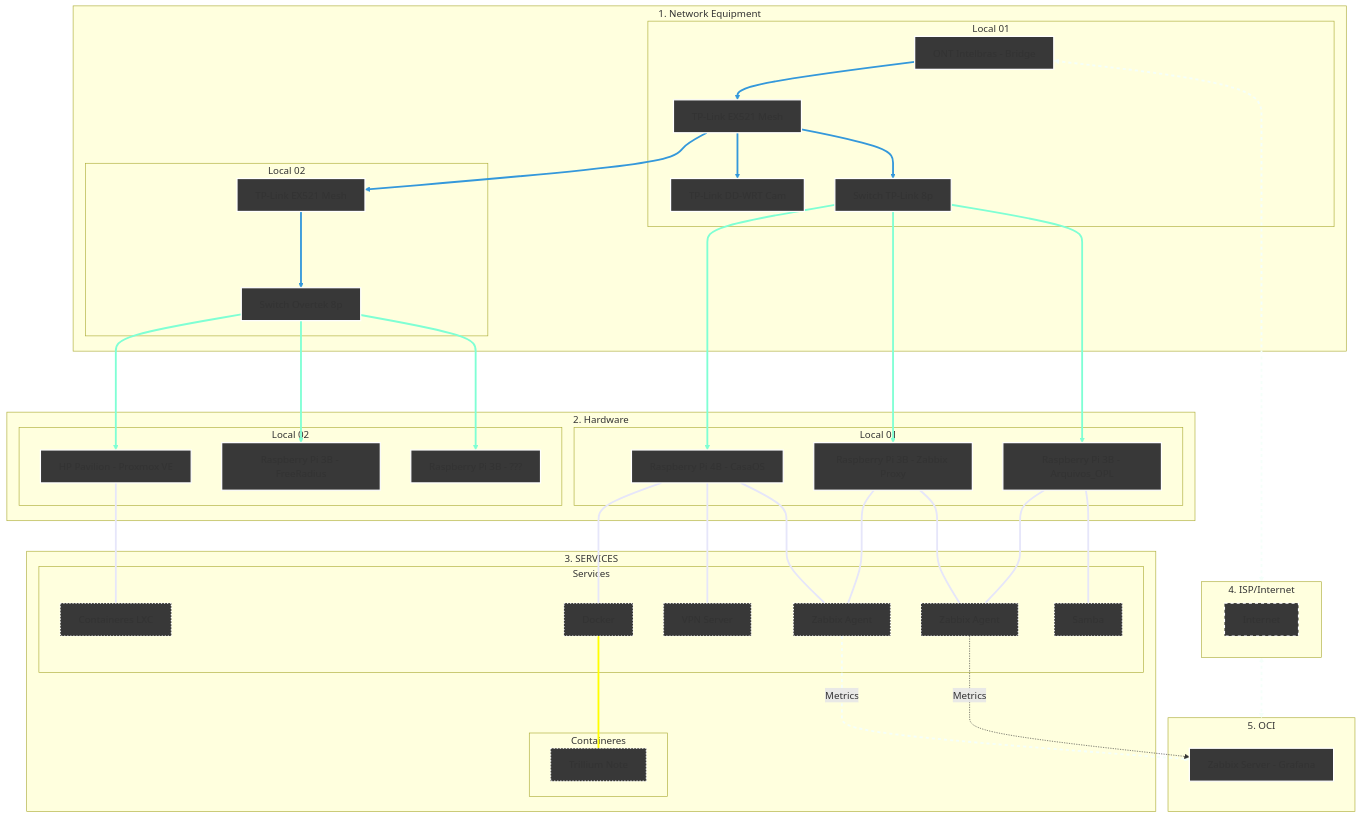
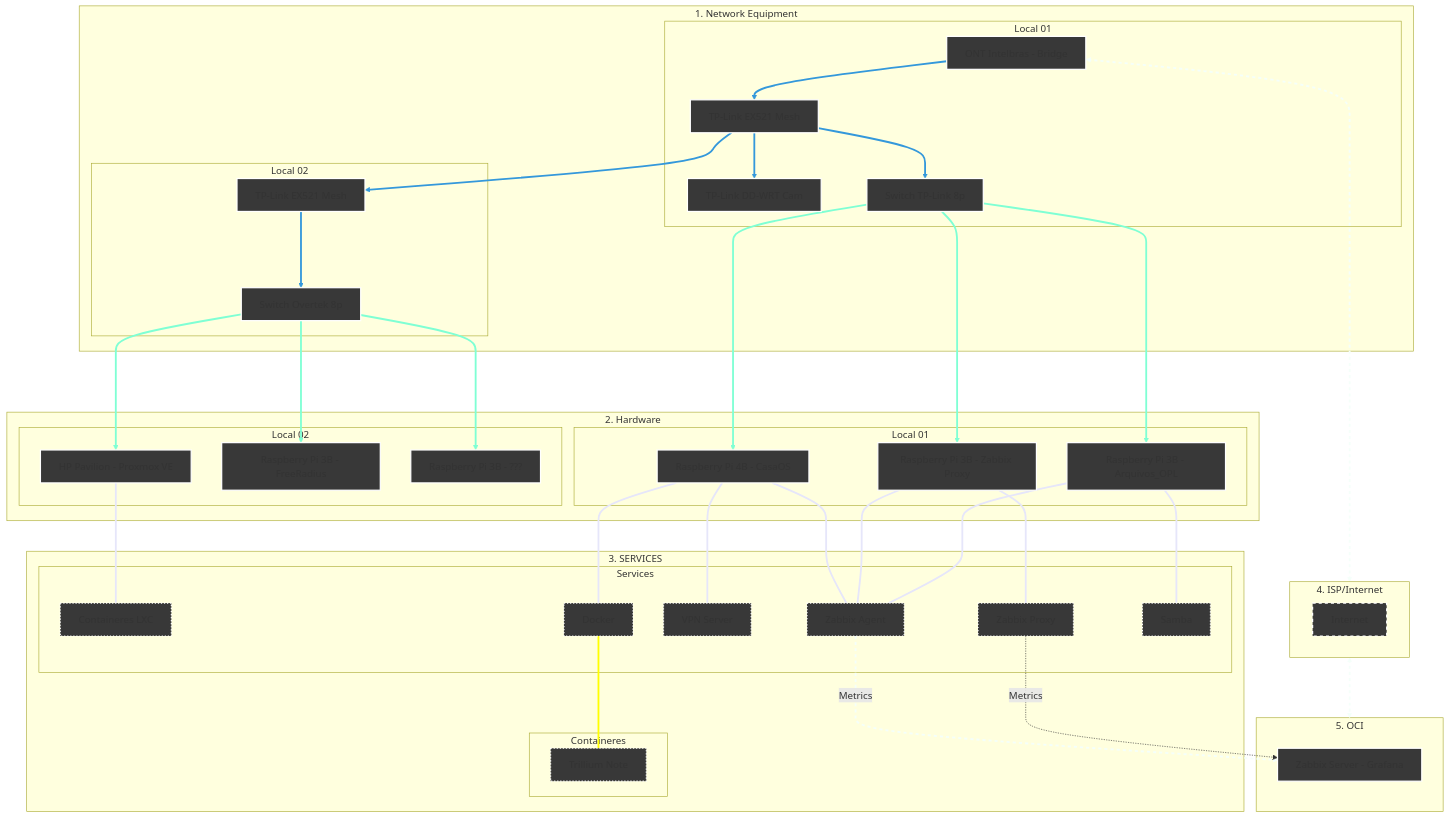
Before and after one commit to kevindexter22/Dr-Hardware-Autonet: the diagram in Infrastructure/README.md, drawn with Mermaid.

Commit message:
Change RPi3B_1 service from ZP to ZA

````diff
--- a/Infrastructure/README.md
+++ b/Infrastructure/README.md
@@ -13,80 +13,80 @@
 ```mermaid
 graph TD
     %% Styles
     classDef network fill:#383838,stroke:#FFFFFF,stroke-width:2px;
     classDef hardware fill:#383838,stroke:#FFFFFF,stroke-width:2px;
     classDef internet fill:#383838,stroke:#FFFFFF,stroke-width:2px,stroke-dasharray: 5 5;
     classDef services fill:#383838,stroke:#FFFFFF,stroke-width:2px, stroke-dasharray: 2 3;
     classDef oci fill:#383838,stroke:#FFFFFF,stroke-width:2px;
 
     %% 1. NETWORK EQUIPMENT
     subgraph Principal["1. Network Equipment"]
     subgraph S1 [Local 01]
         ONT[ONT Intelbras - Bridge]:::network --> R_Mesh1[TP-Link EX521 Mesh]:::network
         R_Mesh1 --> R_Cams[TP-Link DD-WRT Cam]:::network 
         R_Mesh1 --> SW1[Switch TP-Link 8p]:::network  
     end
     subgraph S2 [Local 02]
         R_Mesh1 --> R_Mesh2[TP-Link EX521 Mesh]:::network
         R_Mesh2 ---> SW2[Switch Overtek 8p]:::network
     end
     end
     
     %% 2. HARDWARE
     subgraph Principal02["2. Hardware"]
     subgraph S3 [Local 01]
         SW1 ---> RPi4B[Raspberry Pi 4B - CasaOS]:::hardware
         SW1 ---> RPi3B_2[Raspberry Pi 3B - Zabbix Proxy]:::hardware
         SW1 ---> RPi3B_1[Raspberry Pi 3B - Arquivos_OPL]:::hardware
     end
     subgraph S4 [Local 02]
         SW2 ---> HP[HP Pavilion - Proxmox VE]:::hardware
         SW2 ---> RPi3B_3[Raspberry Pi 3B - FreeRadius]:::hardware
         SW2 ---> RPi3B_4[Raspberry Pi 3B - ???]:::hardware
     end
     end
 
     %% 3. SERVICES
     subgraph Principal03["3. SERVICES"]
     subgraph S5 [Services];
         HP --- PVE[Containeres LXC]:::services
         RPi4B --- Docker[Docker]:::services     
         RPi4B --- VPN[VPN Server]:::services
         RPi4B --- ZA[Zabbix Agent]:::services
         RPi3B_2 --- ZP[Zabbix Proxy]:::services
         RPi3B_2 --- ZA[Zabbix Agent]:::services
-        RPi3B_1 --- ZP[Zabbix Agent]:::services
+        RPi3B_1 --- ZA[Zabbix Agent]:::services
         RPi3B_1 --- SMB1[Samba]:::services
     end
     subgraph S6 [Containeres];
         Docker[Docker] --- Trillium[Trillium Note]:::services
     end
     end
 
     %% 4. Internet (The Bridge)
     subgraph S7 [4. ISP/Internet]
            internet[Internet]:::internet
     end
 
     %% 5. Oracle Cloud Infrastructure
     subgraph S8 [5. OCI]
         ZS[Zabbix Server - Grafana]:::oci
     end
 
     %% Conections of data flow
     ONT <--> S7
     S7 <--> S8
     
     %% Logical conections
     ZA -.-> |Metrics| ZS
     ZP -.-> |Metrics| ZS 
 
     %% --- Set collor on conections ---
     
     linkStyle 0,1,2,3,4 stroke:#3498db,stroke-width:3px;
     linkStyle 5,6,7,8,9,10 stroke:#7FFFD4,stroke-width:3px;
     linkStyle 11,12,13,14,15,16,17,18 stroke:#E6E6FA,stroke-width:3px;
     linkStyle 19 stroke:#FFFF00,stroke-width:3px;
     linkStyle 20,21,22 stroke:#F5FFFA,stroke-width:3px,stroke-dasharray: 5 5;
 
 ```
````
